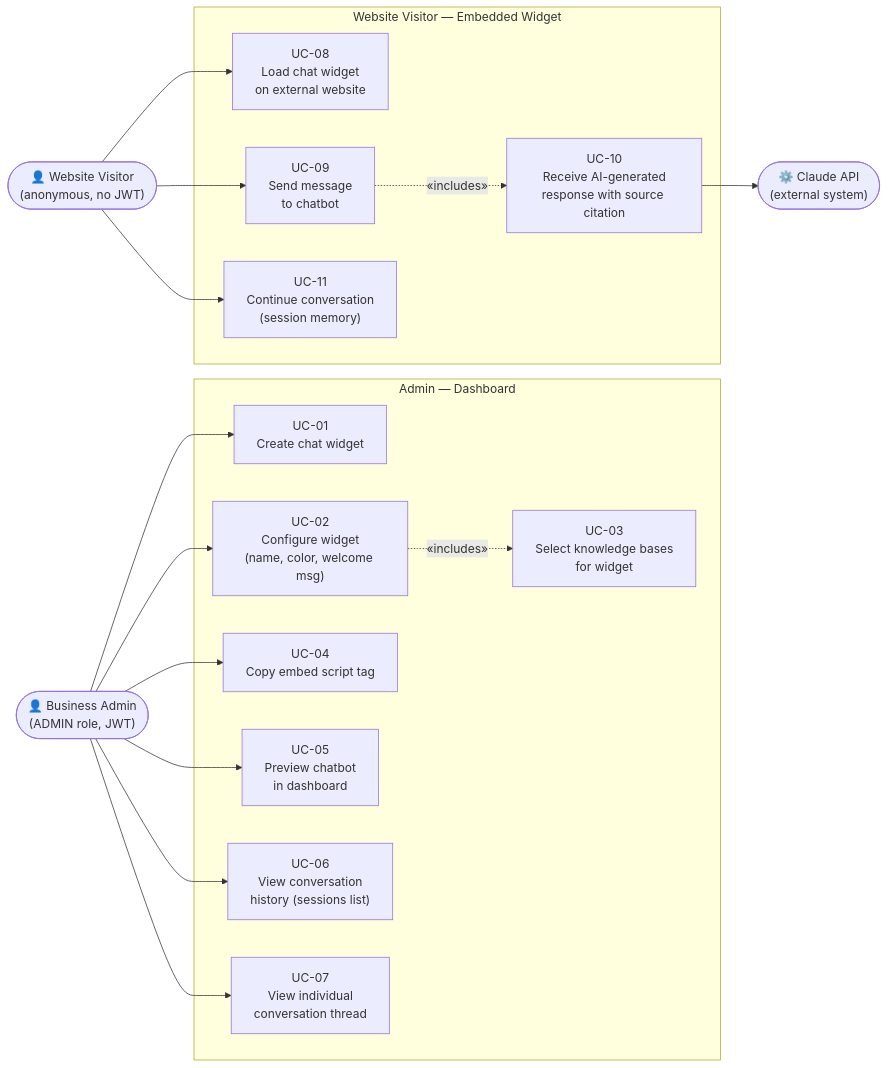
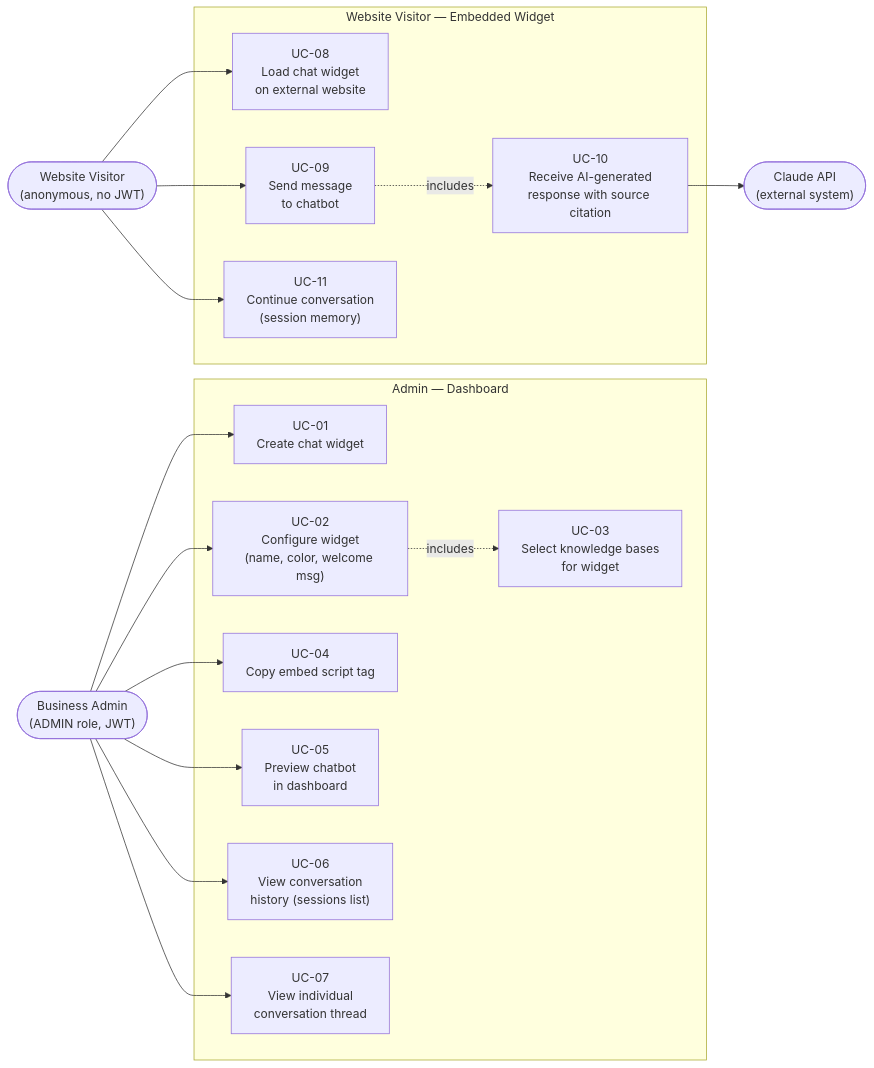
One commit to leonard-garden/spring-saas-support-ai changed the diagram in docs/features/m3-ai-chat-widget/diagrams/usecase.md. Above: the diagram before and after it, drawn with Mermaid.

Commit message:
fix(uml): fix use case diagram — replace emoji and \n with br/ for Mermaid compatibility

````diff
--- a/docs/features/m3-ai-chat-widget/diagrams/usecase.md
+++ b/docs/features/m3-ai-chat-widget/diagrams/usecase.md
@@ -8,48 +8,48 @@
 ```mermaid
 graph LR
     %% Actors
-    Admin(["👤 Business Admin\n(ADMIN role, JWT)"])
-    Visitor(["👤 Website Visitor\n(anonymous, no JWT)"])
-    ClaudeAPI(["⚙️ Claude API\n(external system)"])
+    Admin(["Business Admin<br/>(ADMIN role, JWT)"])
+    Visitor(["Website Visitor<br/>(anonymous, no JWT)"])
+    ClaudeAPI(["Claude API<br/>(external system)"])
 
     %% Admin use cases
     subgraph AdminUC["Admin — Dashboard"]
-        UC01["UC-01\nCreate chat widget"]
-        UC02["UC-02\nConfigure widget\n(name, color, welcome msg)"]
-        UC03["UC-03\nSelect knowledge bases\nfor widget"]
-        UC04["UC-04\nCopy embed script tag"]
-        UC05["UC-05\nPreview chatbot\nin dashboard"]
-        UC06["UC-06\nView conversation\nhistory (sessions list)"]
-        UC07["UC-07\nView individual\nconversation thread"]
+        UC01["UC-01<br/>Create chat widget"]
+        UC02["UC-02<br/>Configure widget<br/>(name, color, welcome msg)"]
+        UC03["UC-03<br/>Select knowledge bases<br/>for widget"]
+        UC04["UC-04<br/>Copy embed script tag"]
+        UC05["UC-05<br/>Preview chatbot<br/>in dashboard"]
+        UC06["UC-06<br/>View conversation<br/>history (sessions list)"]
+        UC07["UC-07<br/>View individual<br/>conversation thread"]
     end
 
     %% Visitor use cases
     subgraph VisitorUC["Website Visitor — Embedded Widget"]
-        UC08["UC-08\nLoad chat widget\non external website"]
-        UC09["UC-09\nSend message\nto chatbot"]
-        UC10["UC-10\nReceive AI-generated\nresponse with source citation"]
-        UC11["UC-11\nContinue conversation\n(session memory)"]
+        UC08["UC-08<br/>Load chat widget<br/>on external website"]
+        UC09["UC-09<br/>Send message<br/>to chatbot"]
+        UC10["UC-10<br/>Receive AI-generated<br/>response with source citation"]
+        UC11["UC-11<br/>Continue conversation<br/>(session memory)"]
     end
 
     %% Admin → use cases
     Admin --> UC01
     Admin --> UC02
     Admin --> UC04
     Admin --> UC05
     Admin --> UC06
     Admin --> UC07
 
     %% includes relationship
-    UC02 -. "«includes»" .-> UC03
+    UC02 -. "includes" .-> UC03
 
     %% Visitor → use cases
     Visitor --> UC08
     Visitor --> UC09
     Visitor --> UC11
 
     %% includes relationship
-    UC09 -. "«includes»" .-> UC10
+    UC09 -. "includes" .-> UC10
 
     %% System actor
     UC10 --> ClaudeAPI
 ```
````
